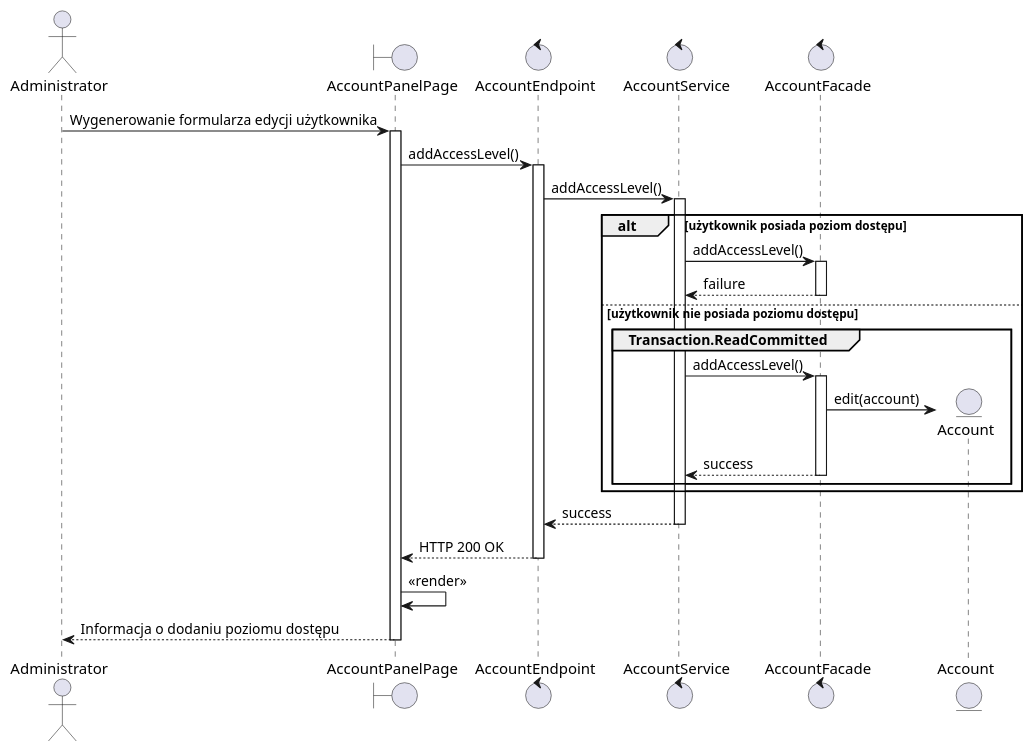
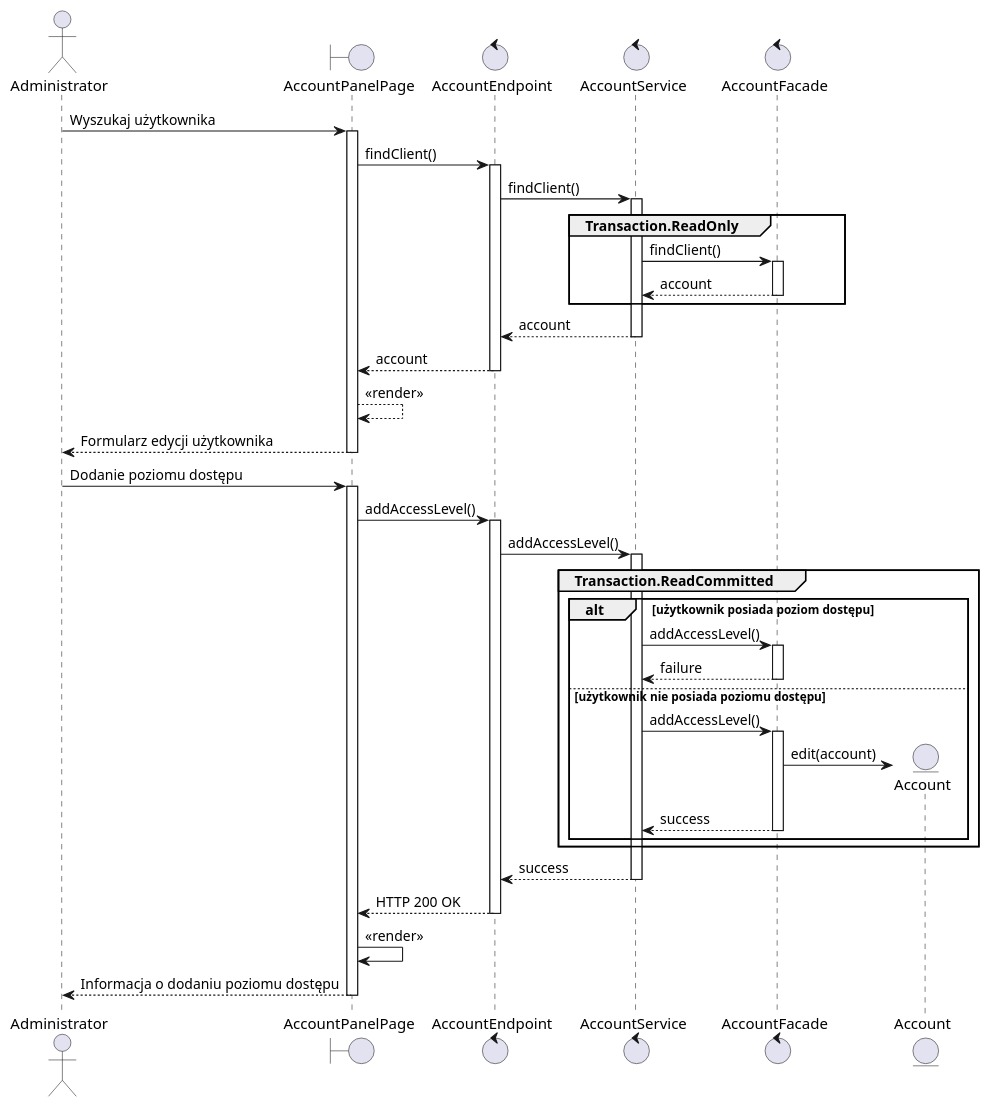
One commit to TheVivent-Politechnika-Lodzka/ssbd03_kic_uml changed the diagram in src/rozdział 7/mok5.puml. Above: the diagram before and after it, drawn with PlantUML. The commit also changed 2 other files, not shown here.

Commit message:
Poprawki istniejacych diagramow (5,6,7); dodanie 8 diagramu

```diff
--- a/src/rozdział 7/mok5.puml
+++ b/src/rozdział 7/mok5.puml
@@ -1,31 +1,44 @@
 @startuml MOK.5
 
 actor Administrator as admin
 boundary AccountPanelPage as gui
 control AccountEndpoint as controller
 control AccountService as service
 control AccountFacade as facade
 entity Account as account
 
-admin -> gui ++ : Wygenerowanie formularza edycji użytkownika
+admin -> gui ++ : Wyszukaj użytkownika
+gui -> controller ++ :  findClient()
+controller -> service ++ : findClient()
+group Transaction.ReadOnly
+    service -> facade ++ : findClient()
+    return account
+end
+return account
+return account
+gui --> gui : <<render>>
+return Formularz edycji użytkownika
+
+admin -> gui ++ : Dodanie poziomu dostępu
 gui -> controller ++ : addAccessLevel()
 controller -> service ++ : addAccessLevel() 
 
-alt użytkownik posiada poziom dostępu
-    service -> facade ++ : addAccessLevel()
-    return failure
-else użytkownik nie posiada poziomu dostępu
-    group Transaction.ReadCommitted
+group Transaction.ReadCommitted
+    alt użytkownik posiada poziom dostępu
+        service -> facade ++ : addAccessLevel()
+        return failure
+    else użytkownik nie posiada poziomu dostępu
+    
         service -> facade ++ : addAccessLevel()
         facade -> account ** : edit(account)
         return success
     end
 end
 
 return success
 return HTTP 200 OK
 gui -> gui : <<render>>
 return Informacja o dodaniu poziomu dostępu
 
 
 @enduml
```
